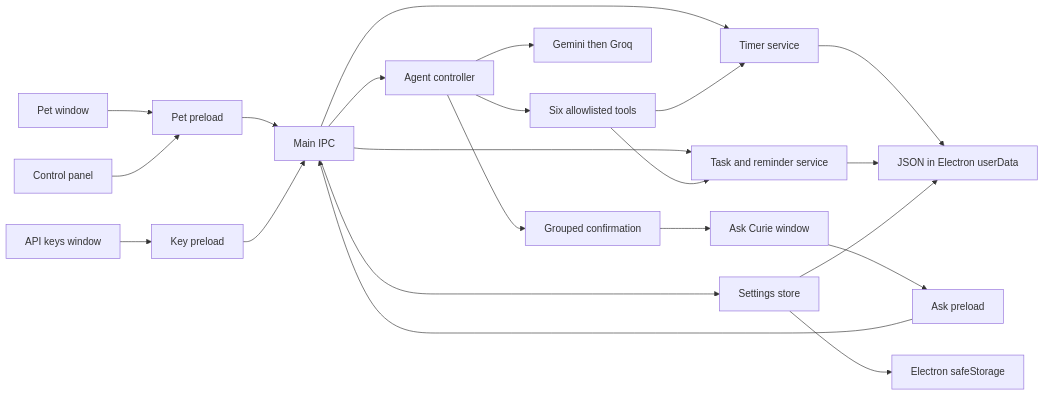
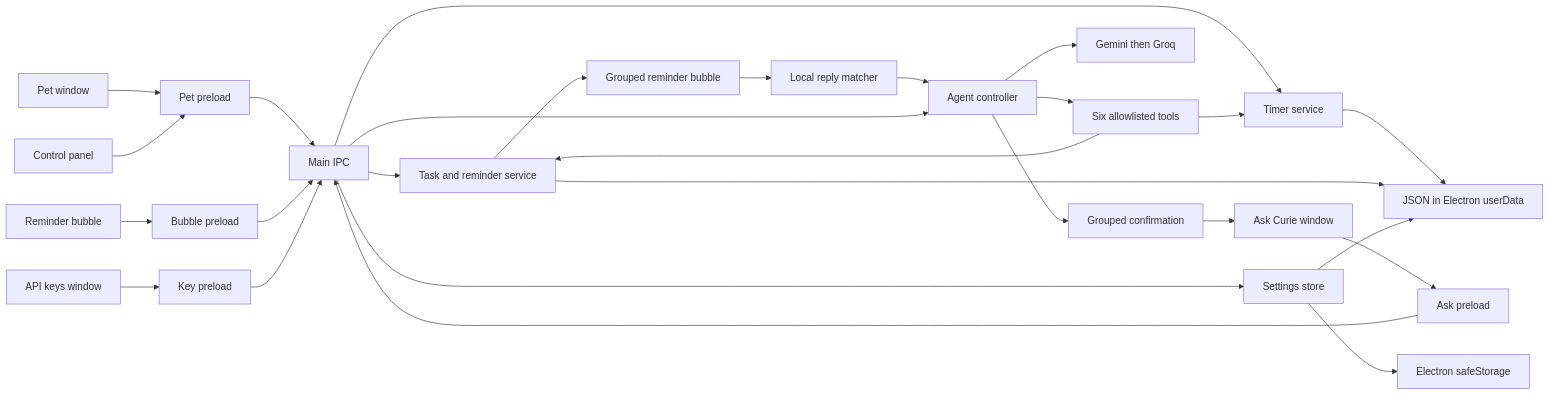
Before and after one commit to aanyabajpai670-creator/Curie: the diagram in docs/ARCHITECTURE.md, drawn with Mermaid. The commit also changed other lines of this file and 48 other files, not shown here.

Commit message:
checkpoint: bubble, reply box, conversation service, uncommitted since 26 Oct (not fully verified)

````diff
--- a/docs/ARCHITECTURE.md
+++ b/docs/ARCHITECTURE.md
@@ -5,24 +5,29 @@
 ```mermaid
 flowchart LR
   Pet[Pet window] --> Preload[Pet preload]
   Panel[Control panel] --> Preload
   Ask[Ask Curie window] --> AskBridge[Ask preload]
+  Reminder[Reminder bubble] --> ReminderBridge[Bubble preload]
   Keys[API keys window] --> KeyBridge[Key preload]
   Preload --> IPC[Main IPC]
   AskBridge --> IPC
+  ReminderBridge --> IPC
   KeyBridge --> IPC
   IPC --> Timer[Timer service]
   IPC --> Tasks[Task and reminder service]
+  Tasks --> Bubble[Grouped reminder bubble]
+  Bubble --> Reply[Local reply matcher]
+  Reply --> Agent[Reminder-context agent reply]
   IPC --> Agent[Agent controller]
   IPC --> Settings[Settings store]
   Agent --> Tools[Six allowlisted tools]
   Tools --> Tasks
   Tools --> Timer
   Agent --> Providers[Gemini then Groq]
   Agent --> Confirm[Grouped confirmation]
   Confirm --> Ask
   Settings --> SafeStorage[Electron safeStorage]
   Timer --> Files[JSON in Electron userData]
   Tasks --> Files
   Settings --> Files
 ```
````
